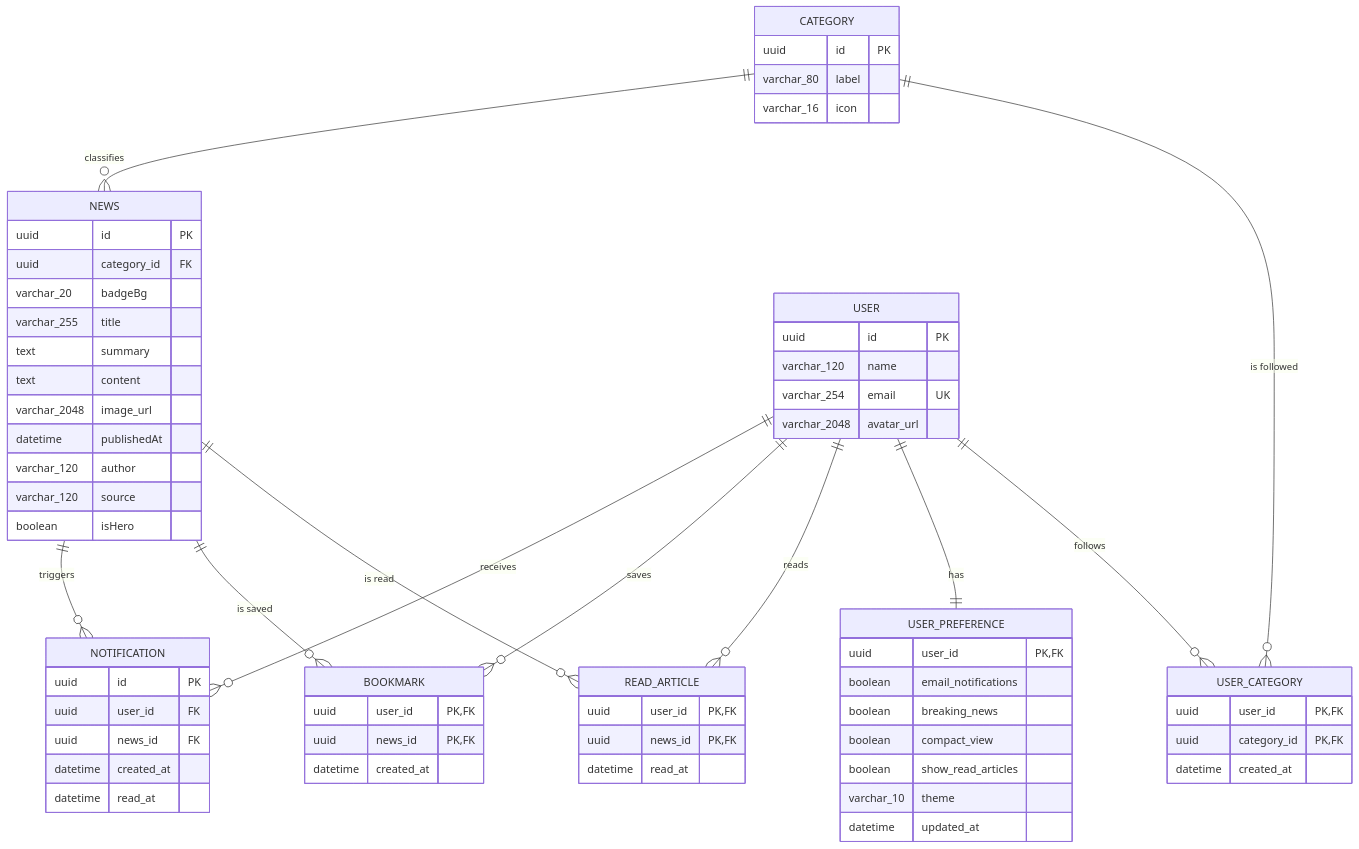
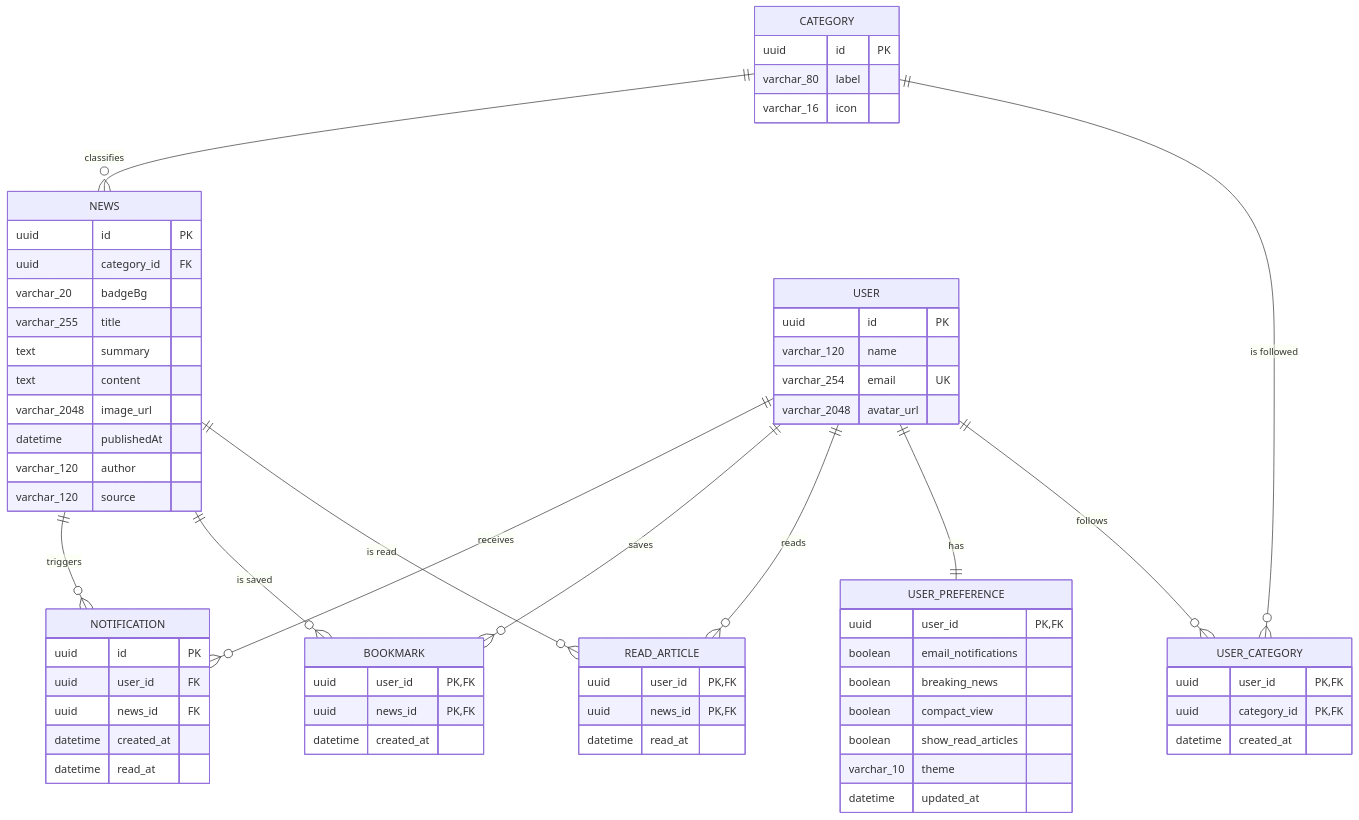
The diagram in docs/backend/er_docs/diagrams/er_diagram.mmd (fullcycle-gt4/newnews), drawn with Mermaid before and after one commit. The commit also changed 1 other file, not shown here.

Commit message:
docs(fix): remove isHero from news table and update applied SVG

```diff
--- a/docs/backend/er_docs/diagrams/er_diagram.mmd
+++ b/docs/backend/er_docs/diagrams/er_diagram.mmd
@@ -1,74 +1,73 @@
 erDiagram
     CATEGORY ||--o{ NEWS : "classifies"
     USER ||--o{ NOTIFICATION : "receives"
     NEWS ||--o{ NOTIFICATION : "triggers"
     USER ||--o{ BOOKMARK : "saves"
     NEWS ||--o{ BOOKMARK : "is saved"
     USER ||--o{ READ_ARTICLE : "reads"
     NEWS ||--o{ READ_ARTICLE : "is read"
     USER ||--|| USER_PREFERENCE : "has"
     USER ||--o{ USER_CATEGORY : "follows"
     CATEGORY ||--o{ USER_CATEGORY : "is followed"
 
     CATEGORY {
         uuid id PK
         varchar_80 label
         varchar_16 icon
     }
 
     NEWS {
         uuid id PK
         uuid category_id FK
         varchar_20 badgeBg
         varchar_255 title
         text summary
         text content
         varchar_2048 image_url
         datetime publishedAt
         varchar_120 author
         varchar_120 source
-        boolean isHero
     }
 
     USER {
         uuid id PK
         varchar_120 name
         varchar_254 email UK
         varchar_2048 avatar_url
     }
 
     USER_PREFERENCE {
         uuid user_id PK, FK
         boolean email_notifications
         boolean breaking_news
         boolean compact_view
         boolean show_read_articles
         varchar_10 theme
         datetime updated_at
     }
 
     USER_CATEGORY {
         uuid user_id PK, FK
         uuid category_id PK, FK
         datetime created_at
     }
 
     NOTIFICATION {
         uuid id PK
         uuid user_id FK
         uuid news_id FK
         datetime created_at
         datetime read_at
     }
 
     BOOKMARK {
         uuid user_id PK, FK
         uuid news_id PK, FK
         datetime created_at
     }
 
     READ_ARTICLE {
         uuid user_id PK, FK
         uuid news_id PK, FK
         datetime read_at
     }
```
